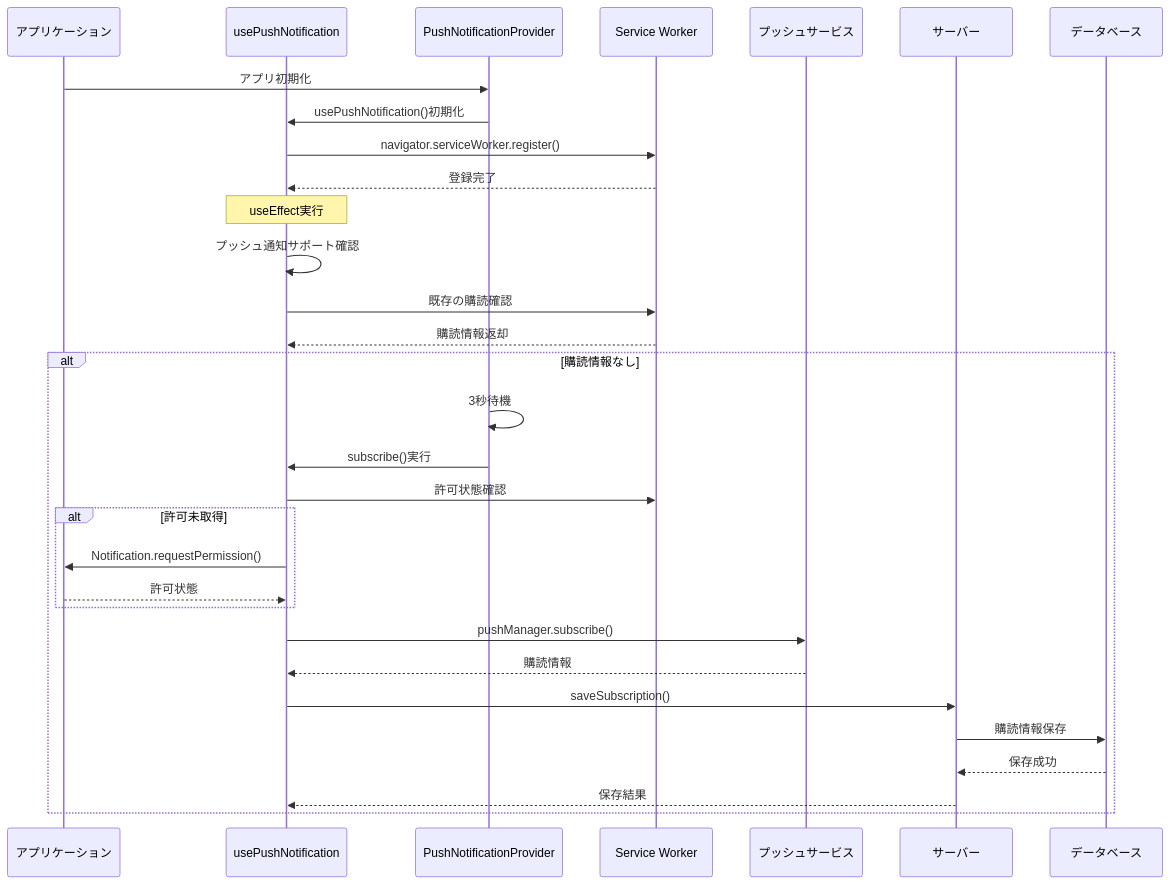
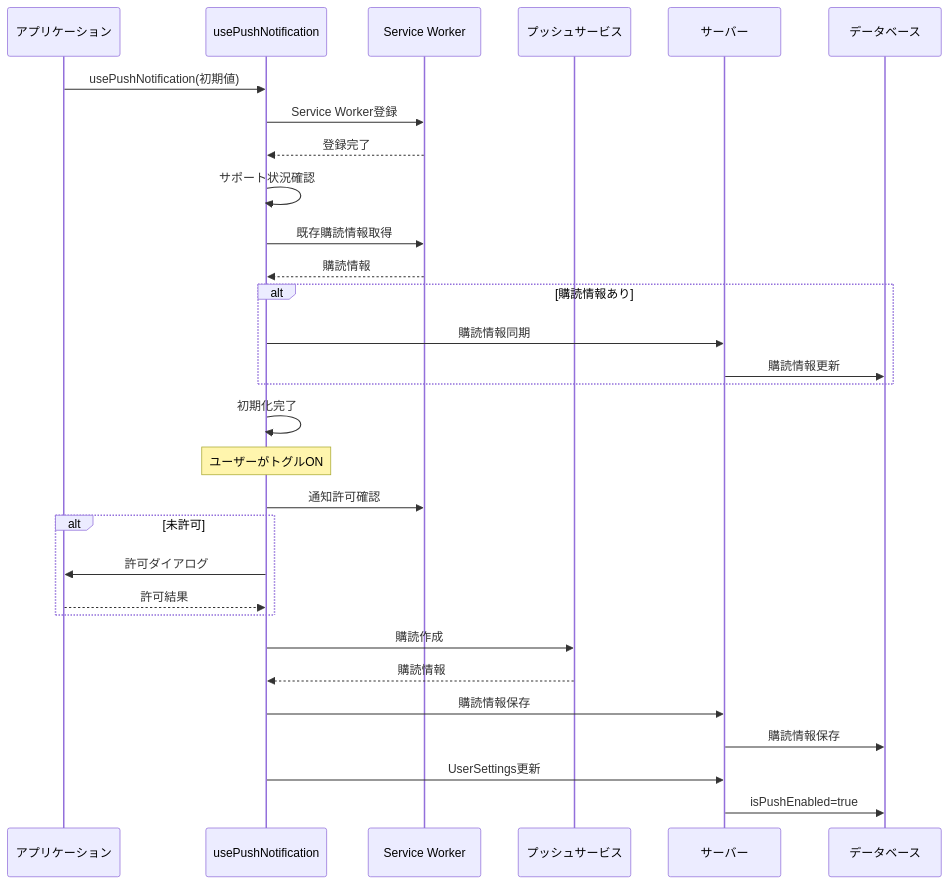
Before and after one commit to yuichisugio/freeism: the first of 3 diagrams in specification/push-notification.md, drawn with Mermaid. The commit also changed other lines of this file, not shown here.

Commit message:
docs: push-notificationの仕様をmarkdownでまとめた！

````diff
--- a/specification/push-notification.md
+++ b/specification/push-notification.md
@@ -511,36 +568,38 @@
 ```mermaid
 sequenceDiagram
     participant App as アプリケーション
     participant Hook as usePushNotification
-    participant Provider as PushNotificationProvider
     participant SW as Service Worker
     participant PS as プッシュサービス
     participant Server as サーバー
     participant DB as データベース
 
-    App->>Provider: アプリ初期化
-    Provider->>Hook: usePushNotification()初期化
-    Hook->>SW: navigator.serviceWorker.register()
+    App->>Hook: usePushNotification(初期値)
+    Hook->>SW: Service Worker登録
     SW-->>Hook: 登録完了
 
-    Note over Hook: useEffect実行
-    Hook->>Hook: プッシュ通知サポート確認
-    Hook->>SW: 既存の購読確認
-    SW-->>Hook: 購読情報返却
+    Hook->>Hook: サポート状況確認
+    Hook->>SW: 既存購読情報取得
+    SW-->>Hook: 購読情報
 
-    alt 購読情報なし
-        Provider->>Provider: 3秒待機
-        Provider->>Hook: subscribe()実行
-        Hook->>SW: 許可状態確認
-        alt 許可未取得
-            Hook->>App: Notification.requestPermission()
-            App-->>Hook: 許可状態
-        end
-        Hook->>PS: pushManager.subscribe()
-        PS-->>Hook: 購読情報
-        Hook->>Server: saveSubscription()
-        Server->>DB: 購読情報保存
-        DB-->>Server: 保存成功
-        Server-->>Hook: 保存結果
+    alt 購読情報あり
+        Hook->>Server: 購読情報同期
+        Server->>DB: 購読情報更新
     end
+
+    Hook->>Hook: 初期化完了
+
+    Note over Hook: ユーザーがトグルON
+    Hook->>SW: 通知許可確認
+    alt 未許可
+        Hook->>App: 許可ダイアログ
+        App-->>Hook: 許可結果
+    end
+
+    Hook->>PS: 購読作成
+    PS-->>Hook: 購読情報
+    Hook->>Server: 購読情報保存
+    Server->>DB: 購読情報保存
+    Hook->>Server: UserSettings更新
+    Server->>DB: isPushEnabled=true
 ```
````
